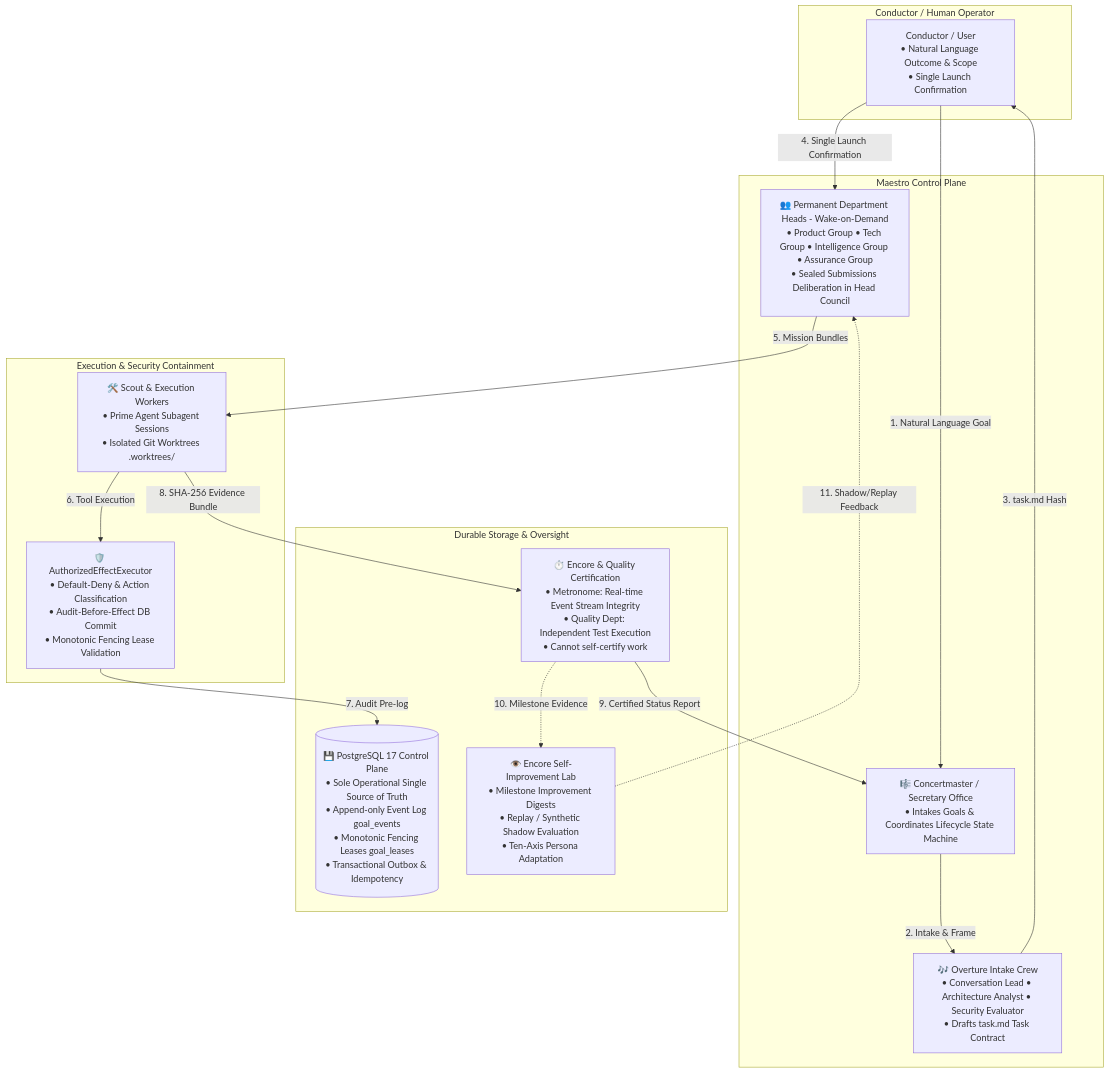
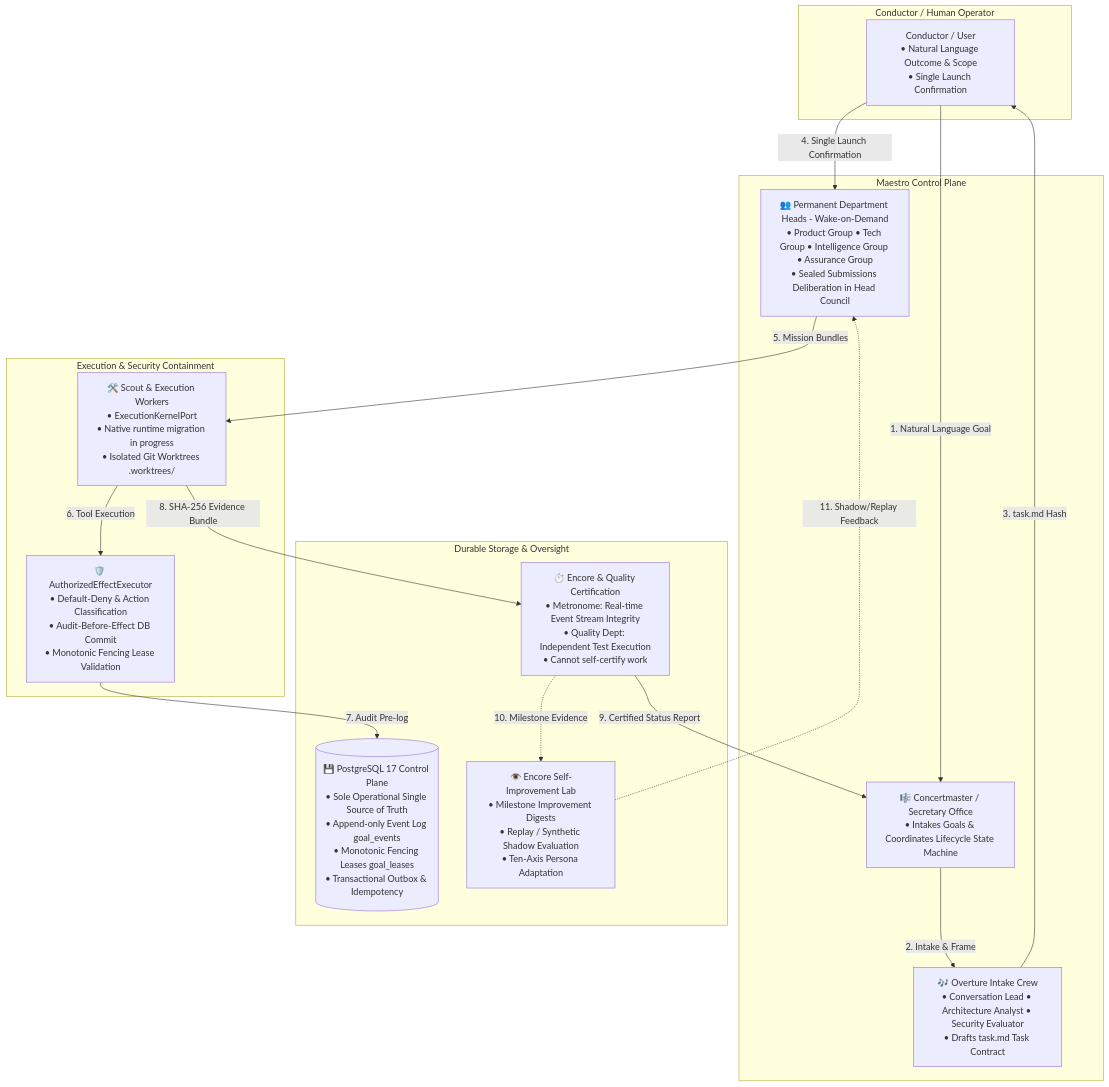
One commit to noth3dev/maestro changed the diagram in docs/01-system-overview.md. Above: the diagram before and after it, drawn with Mermaid. The commit also changed other lines of this file and 32 other files, not shown here.

Commit message:
docs(maestro): reconcile native runtime and phase status

````diff
--- a/docs/01-system-overview.md
+++ b/docs/01-system-overview.md
@@ -7,35 +7,35 @@
 ```mermaid
 flowchart TD
     subgraph UserLayer [Conductor / Human Operator]
         CONDUCTOR[Conductor / User<br/>• Natural Language Outcome & Scope<br/>• Single Launch Confirmation]
     end
 
     subgraph ControlPlaneLayer [Maestro Control Plane]
         CONCERTMASTER[🎼 Concertmaster / Secretary Office<br/>• Intakes Goals & Coordinates Lifecycle State Machine]
         OVERTURE[🎶 Overture Intake Crew<br/>• Conversation Lead • Architecture Analyst • Security Evaluator<br/>• Drafts task.md Task Contract]
         DEPARTMENTS[👥 Permanent Department Heads - Wake-on-Demand<br/>• Product Group • Tech Group • Intelligence Group • Assurance Group<br/>• Sealed Submissions Deliberation in Head Council]
     end
 
     subgraph ExecutionSecurityLayer [Execution & Security Containment]
-        WORKERS[🛠️ Scout & Execution Workers<br/>• Prime Agent Subagent Sessions<br/>• Isolated Git Worktrees .worktrees/ ]
+        WORKERS[🛠️ Scout & Execution Workers<br/>• ExecutionKernelPort<br/>• Native runtime migration in progress<br/>• Isolated Git Worktrees .worktrees/ ]
         EXECUTOR[🛡️ AuthorizedEffectExecutor<br/>• Default-Deny & Action Classification<br/>• Audit-Before-Effect DB Commit<br/>• Monotonic Fencing Lease Validation]
     end
 
     subgraph PersistenceOversightLayer [Durable Storage & Oversight]
         ENCORE[⏱️ Encore & Quality Certification<br/>• Metronome: Real-time Event Stream Integrity<br/>• Quality Dept: Independent Test Execution<br/>• Cannot self-certify work]
         POSTGRES[(💾 PostgreSQL 17 Control Plane<br/>• Sole Operational Single Source of Truth<br/>• Append-only Event Log goal_events<br/>• Monotonic Fencing Leases goal_leases<br/>• Transactional Outbox & Idempotency)]
         ENCORE_LAB[👁️ Encore Self-Improvement Lab<br/>• Milestone Improvement Digests<br/>• Replay / Synthetic Shadow Evaluation<br/>• Ten-Axis Persona Adaptation]
     end
 
     CONDUCTOR -->|1. Natural Language Goal| CONCERTMASTER
     CONCERTMASTER -->|2. Intake & Frame| OVERTURE
     OVERTURE -->|3. task.md Hash| CONDUCTOR
     CONDUCTOR -->|4. Single Launch Confirmation| DEPARTMENTS
     DEPARTMENTS -->|5. Mission Bundles| WORKERS
     WORKERS -->|6. Tool Execution| EXECUTOR
     EXECUTOR -->|7. Audit Pre-log| POSTGRES
     WORKERS -->|8. SHA-256 Evidence Bundle| ENCORE
     ENCORE -->|9. Certified Status Report| CONCERTMASTER
     ENCORE -.->|10. Milestone Evidence| ENCORE_LAB
     ENCORE_LAB -.->|11. Shadow/Replay Feedback| DEPARTMENTS
 ```
````
